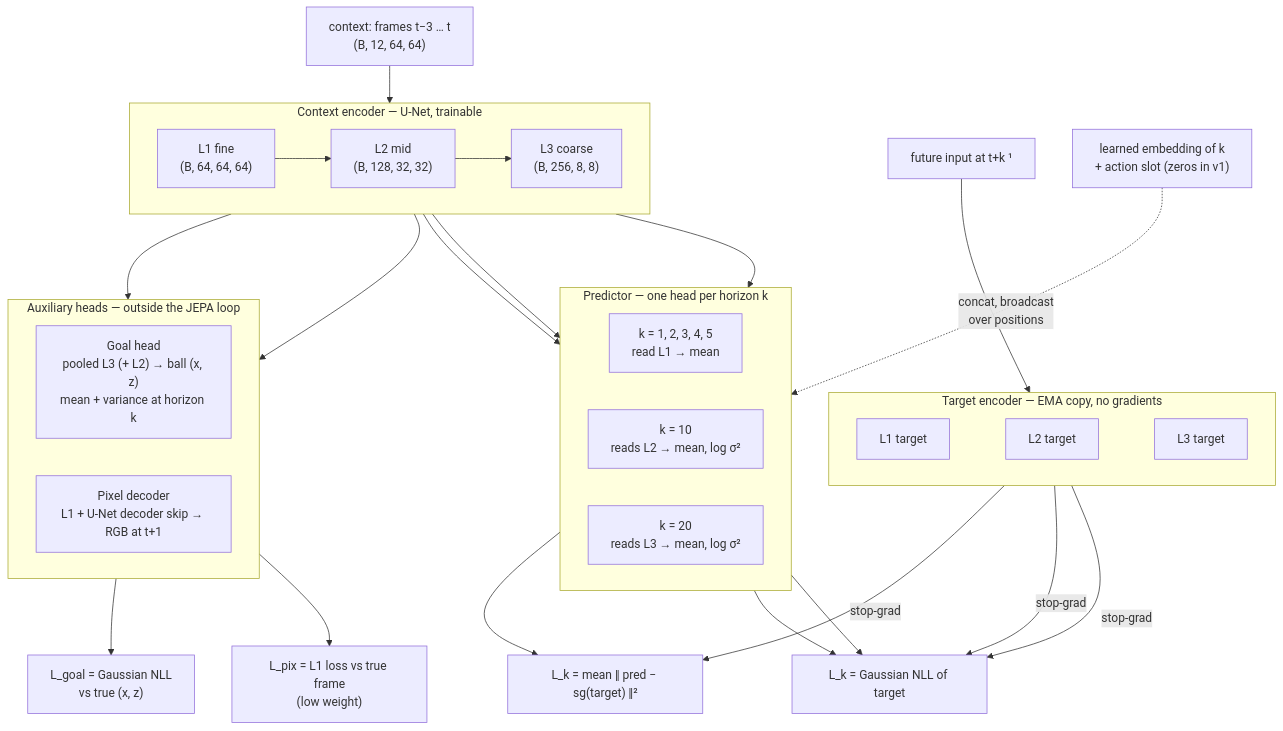
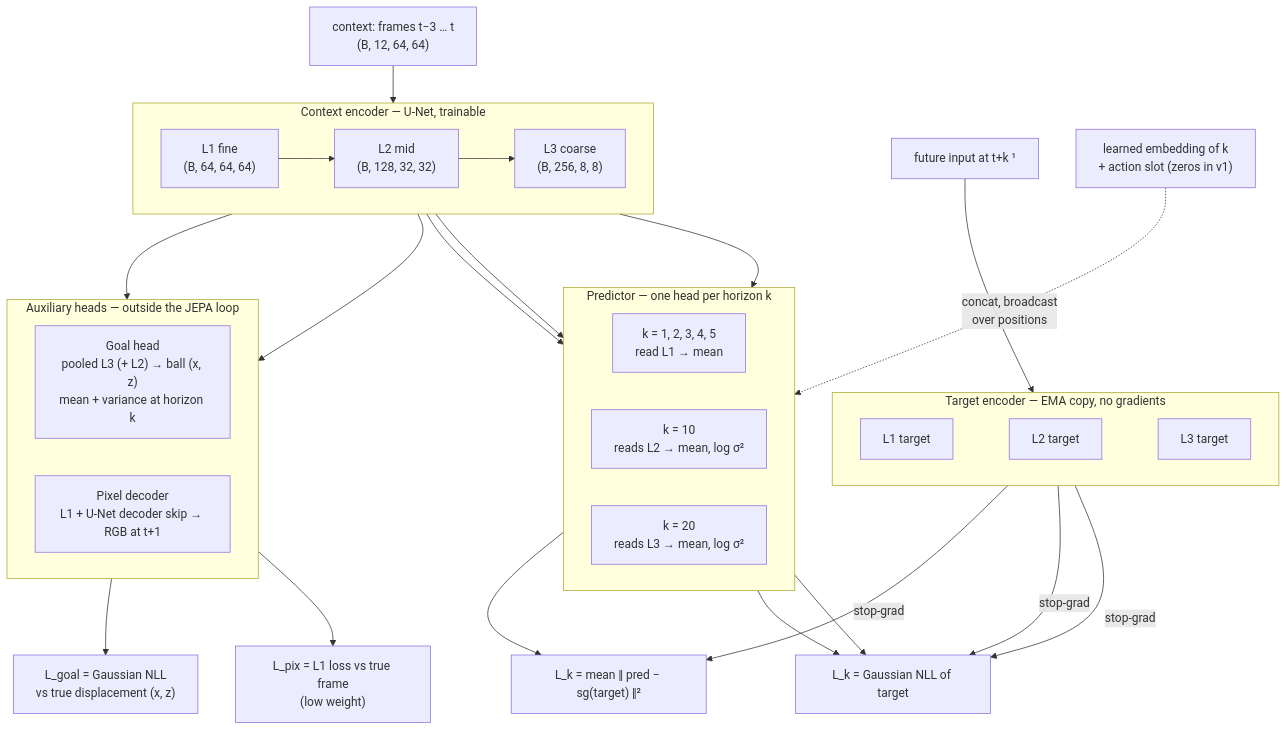
Before and after one commit to pransil/jepa-world-1: the second of 5 diagrams in README.md, drawn with Mermaid. The commit also changed other lines of this file and 19 other files, not shown here.

````diff
--- a/README.md
+++ b/README.md
@@ -37,46 +37,46 @@
 ```mermaid
 flowchart TB
   CTX["context: frames t−3 … t<br/>(B, 12, 64, 64)"]
   FUT["future input at t+k ¹"]
 
   subgraph ENC["Context encoder — U-Net, trainable"]
     direction LR
     L1["L1 fine<br/>(B, 64, 64, 64)"] --> L2["L2 mid<br/>(B, 128, 32, 32)"] --> L3["L3 coarse<br/>(B, 256, 8, 8)"]
   end
 
   subgraph TGT["Target encoder — EMA copy, no gradients"]
     direction LR
     T1["L1 target"] ~~~ T2["L2 target"] ~~~ T3["L3 target"]
   end
 
   subgraph PRED["Predictor — one head per horizon k"]
     direction LR
     HN["k = 1, 2, 3, 4, 5<br/>read L1 → mean"]
     H10["k = 10<br/>reads L2 → mean, log σ²"]
     H20["k = 20<br/>reads L3 → mean, log σ²"]
   end
 
   KE["learned embedding of k<br/>+ action slot (zeros in v1)"]
 
   CTX --> L1
   L1 --> HN
   L2 --> H10
   L3 --> H20
   KE -.->|"concat, broadcast<br/>over positions"| PRED
   FUT --> TGT
 
   HN --> LN["L_k = mean ‖ pred − sg(target) ‖²"]
   T1 -->|"stop-grad"| LN
   H10 --> LF["L_k = Gaussian NLL of target"]
   H20 --> LF
   T2 -->|"stop-grad"| LF
   T3 -->|"stop-grad"| LF
 
   subgraph AUX["Auxiliary heads — outside the JEPA loop"]
     direction LR
     GOAL["Goal head<br/>pooled L3 (+ L2) → ball (x, z)<br/>mean + variance at horizon k"]
     PIX["Pixel decoder<br/>L1 + U-Net decoder skip → RGB at t+1"]
   end
-  L3 --> GOAL --> LG["L_goal = Gaussian NLL<br/>vs true (x, z)"]
+  L3 --> GOAL --> LG["L_goal = Gaussian NLL<br/>vs true displacement (x, z)"]
   L1 --> PIX --> LP["L_pix = L1 loss vs true frame<br/>(low weight)"]
 ```
````
